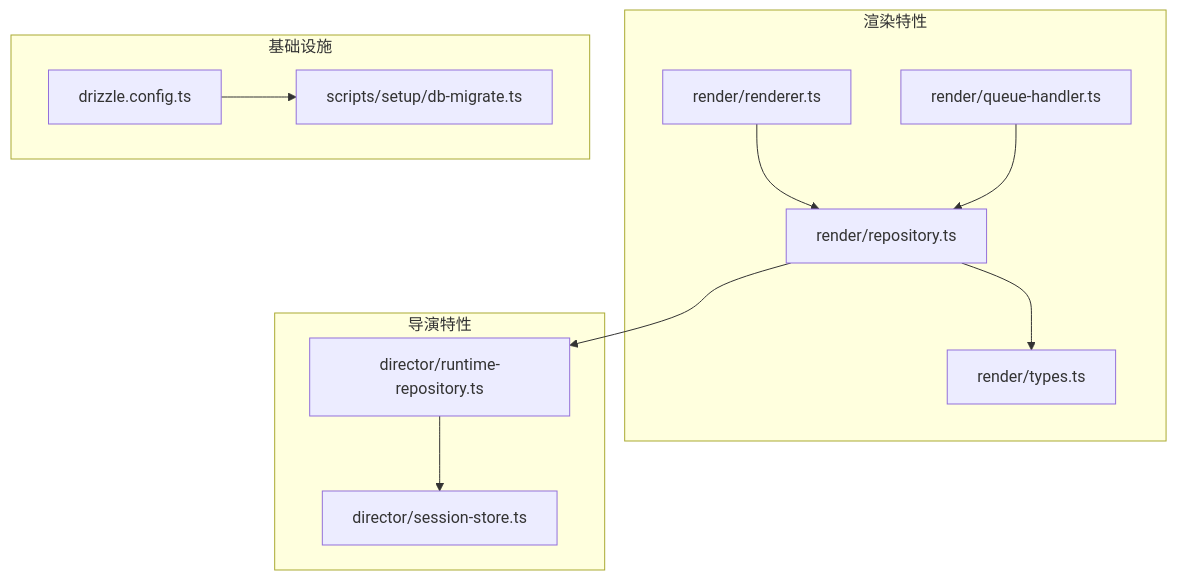
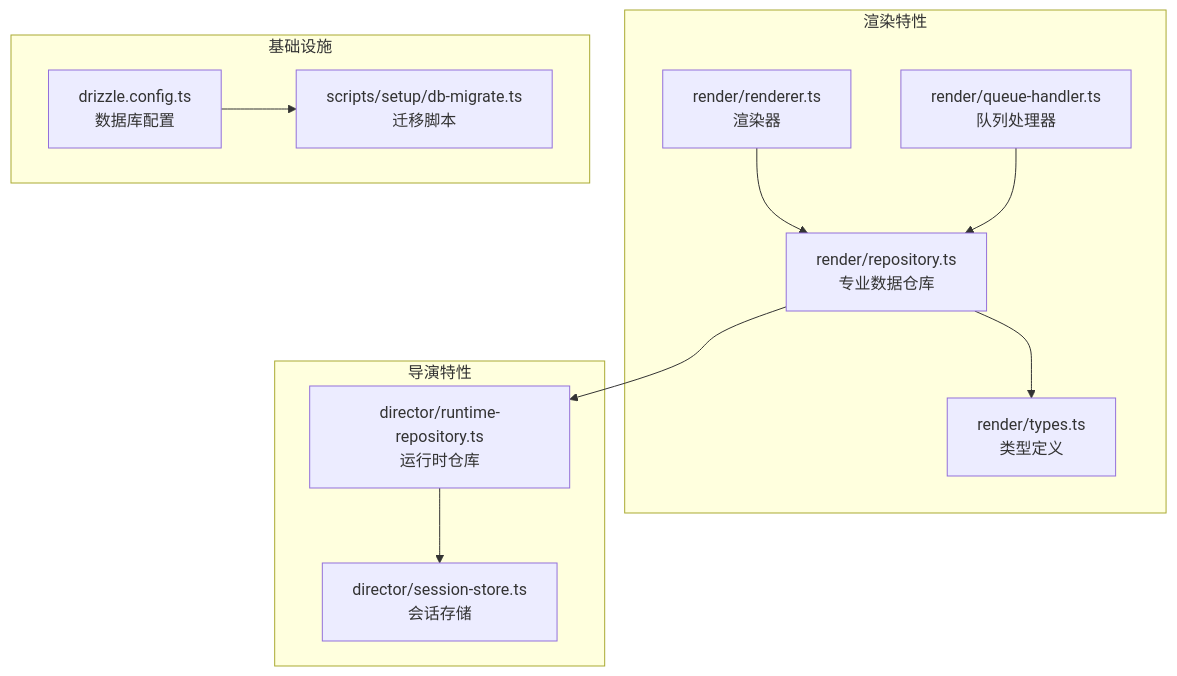
Before and after one commit to AIMFllyYS/code-video-canvas: the first of 5 diagrams in .qoder/repowiki/zh/content/核心功能模块/渲染引擎/数据持久化.md, drawn with Mermaid. The commit also changed other lines of this file and 44 other files, not shown here.

````diff
--- a/.qoder/repowiki/zh/content/核心功能模块/渲染引擎/数据持久化.md
+++ b/.qoder/repowiki/zh/content/核心功能模块/渲染引擎/数据持久化.md
@@ -37,23 +47,23 @@
 ```mermaid
 graph TB
 subgraph "渲染特性"
-RRepo["render/repository.ts"]
-RTypes["render/types.ts"]
-RRenderer["render/renderer.ts"]
-RQueue["render/queue-handler.ts"]
+RRepo["render/repository.ts<br/>专业数据仓库"]
+RTypes["render/types.ts<br/>类型定义"]
+RRenderer["render/renderer.ts<br/>渲染器"]
+RQueue["render/queue-handler.ts<br/>队列处理器"]
 end
 subgraph "导演特性"
-DRepo["director/runtime-repository.ts"]
-DSess["director/session-store.ts"]
+DRepo["director/runtime-repository.ts<br/>运行时仓库"]
+DSess["director/session-store.ts<br/>会话存储"]
 end
 subgraph "基础设施"
-DrizzleCfg["drizzle.config.ts"]
-Migrate["scripts/setup/db-migrate.ts"]
+DrizzleCfg["drizzle.config.ts<br/>数据库配置"]
+Migrate["scripts/setup/db-migrate.ts<br/>迁移脚本"]
 end
 RRepo --> RTypes
 RRenderer --> RRepo
 RQueue --> RRepo
 RRepo --> DRepo
 DRepo --> DSess
 DrizzleCfg --> Migrate
 ```
````
